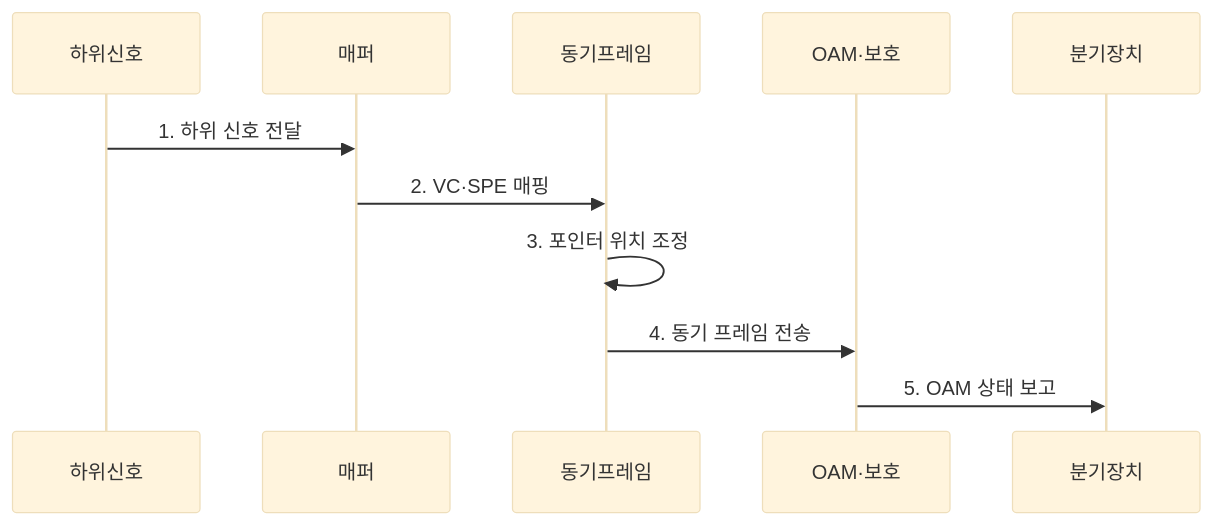
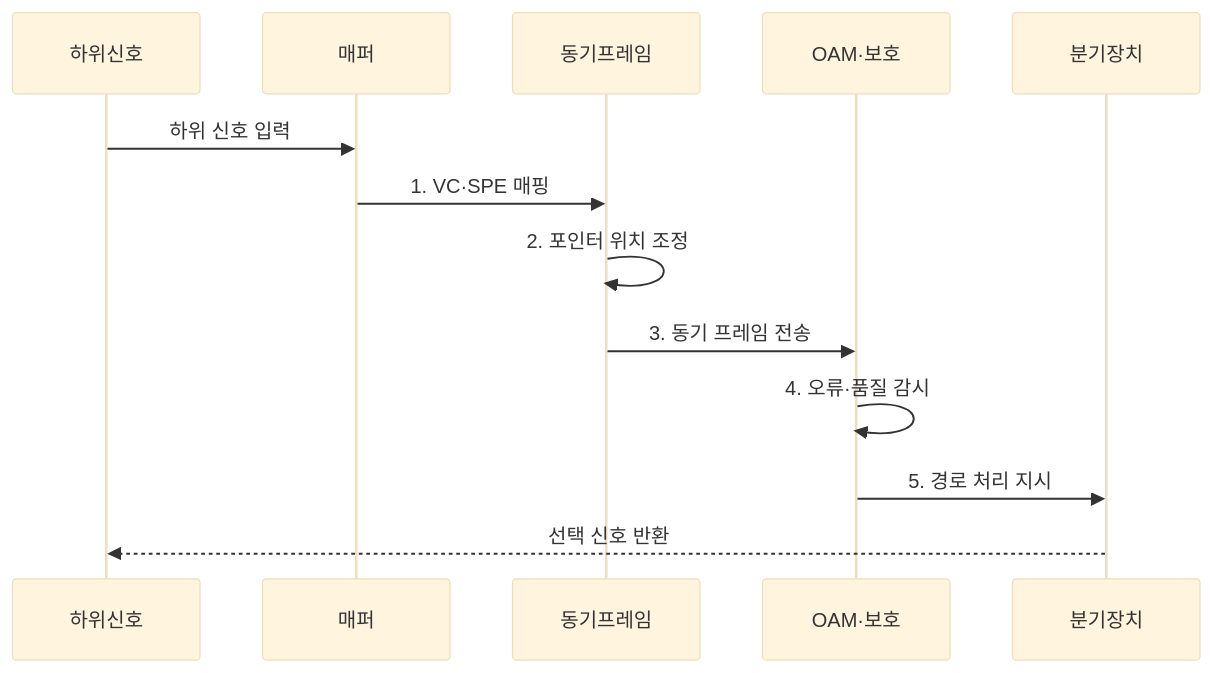
One commit to agnusdei1207/knowledge-base changed the second of 2 diagrams in src/content/docs/notes/04-network/069_pdh_sdh_sonet.md. Above: the diagram before and after it, drawn with Mermaid (base theme). The commit also changed other lines of this file and 20 other files, not shown here.

````diff
--- a/src/content/docs/notes/04-network/069_pdh_sdh_sonet.md
+++ b/src/content/docs/notes/04-network/069_pdh_sdh_sonet.md
@@ -89,13 +93,15 @@
 ```mermaid
 sequenceDiagram
     participant 하위신호
     participant 매퍼
     participant 동기프레임
     participant OAM·보호
     participant 분기장치
-    하위신호->>매퍼: 1. 하위 신호 전달
-    매퍼->>동기프레임: 2. VC·SPE 매핑
-    동기프레임->>동기프레임: 3. 포인터 위치 조정
-    동기프레임->>OAM·보호: 4. 동기 프레임 전송
-    OAM·보호->>분기장치: 5. OAM 상태 보고
+    하위신호->>매퍼: 하위 신호 입력
+    매퍼->>동기프레임: 1. VC·SPE 매핑
+    동기프레임->>동기프레임: 2. 포인터 위치 조정
+    동기프레임->>OAM·보호: 3. 동기 프레임 전송
+    OAM·보호->>OAM·보호: 4. 오류·품질 감시
+    OAM·보호->>분기장치: 5. 경로 처리 지시
+    분기장치-->>하위신호: 선택 신호 반환
 ```
````
